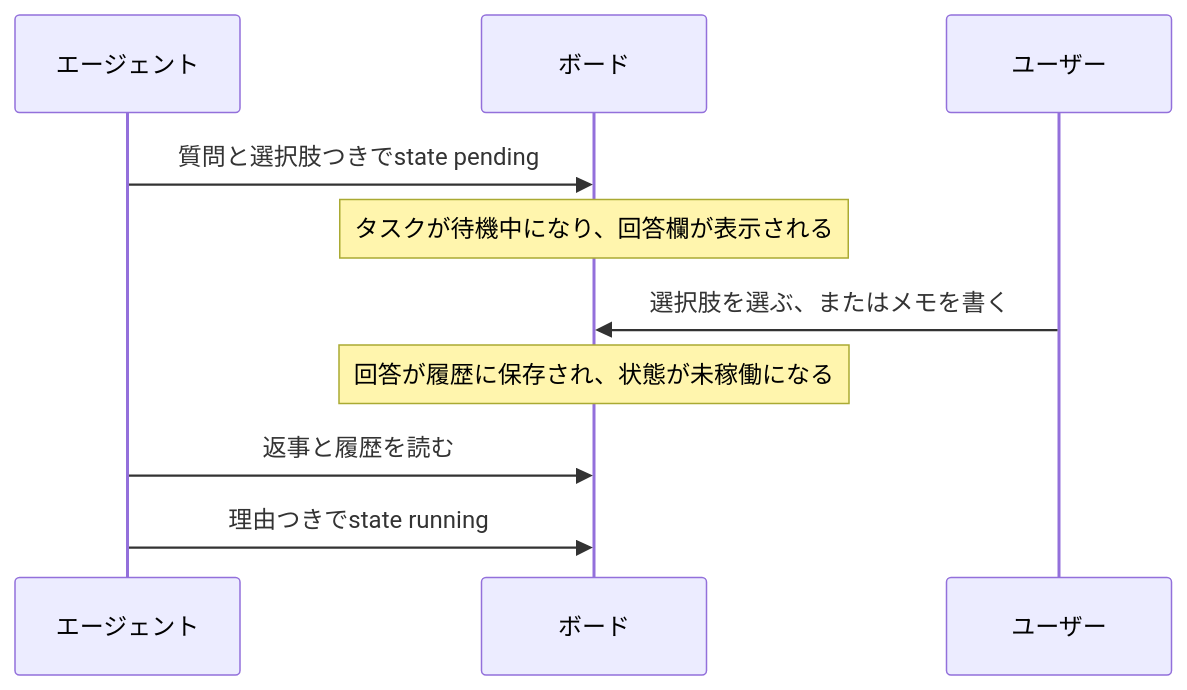
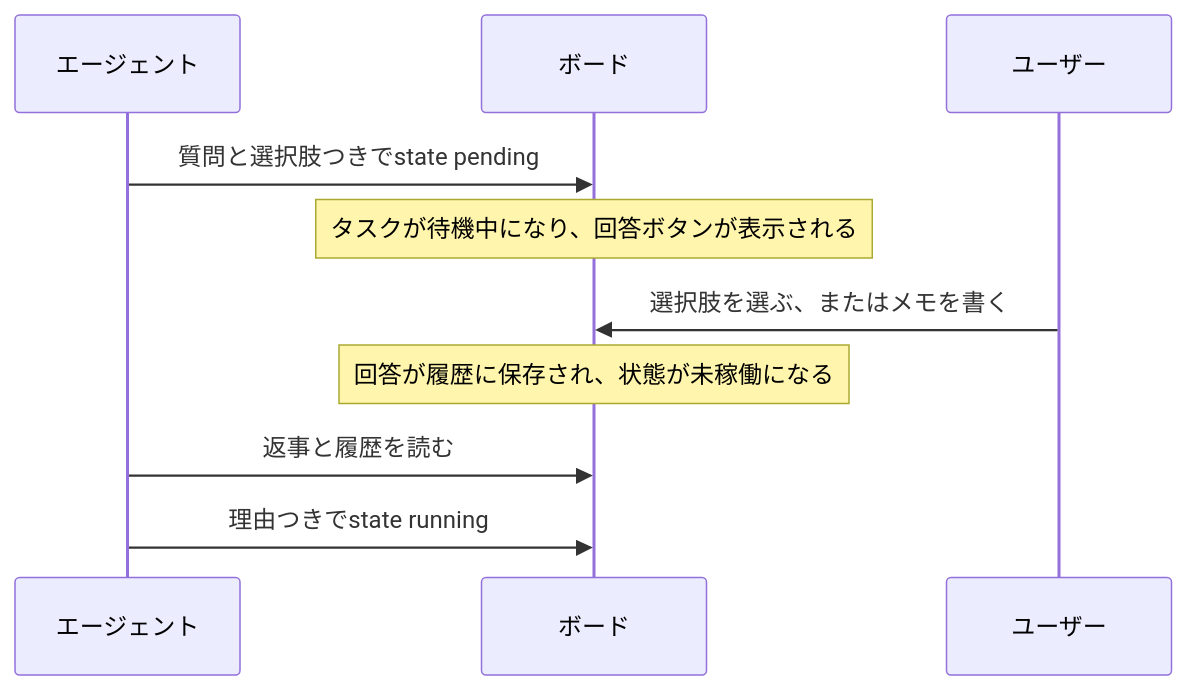
One commit to FooQoo/agent-board changed the diagram in docs/ja/guide/use/decisions.md. Above: the diagram before and after it, drawn with Mermaid. The commit also changed other lines of this file and 7 other files, not shown here.

````diff
--- a/docs/ja/guide/use/decisions.md
+++ b/docs/ja/guide/use/decisions.md
@@ -35,12 +54,12 @@
 ```mermaid
 sequenceDiagram
     participant A as エージェント
     participant B as ボード
     participant U as ユーザー
     A->>B: 質問と選択肢つきでstate pending
-    Note over B: タスクが待機中になり、回答欄が表示される
+    Note over B: タスクが待機中になり、回答ボタンが表示される
     U->>B: 選択肢を選ぶ、またはメモを書く
     Note over B: 回答が履歴に保存され、状態が未稼働になる
     A->>B: 返事と履歴を読む
     A->>B: 理由つきでstate running
 ```
````
